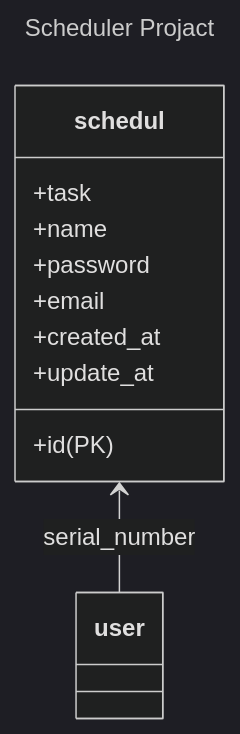
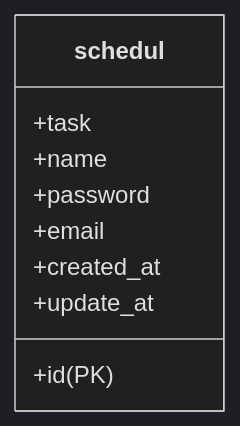
The diagram in README.md (junseok708/cata_1), drawn with Mermaid (dark theme) before and after one commit. The commit also changed 1 other file, not shown here.

Commit message:
리드미 수정

````diff
--- a/README.md
+++ b/README.md
@@ -101,16 +101,12 @@
 ```mermaid
----
-title : "Scheduler Projact"
----
 classDiagram
-    schedul <-- user: serial_number
     class schedul {
         +id(PK)
         +task
         +name
         +password
         +email
         +created_at
         +update_at
     }
 ```
````
